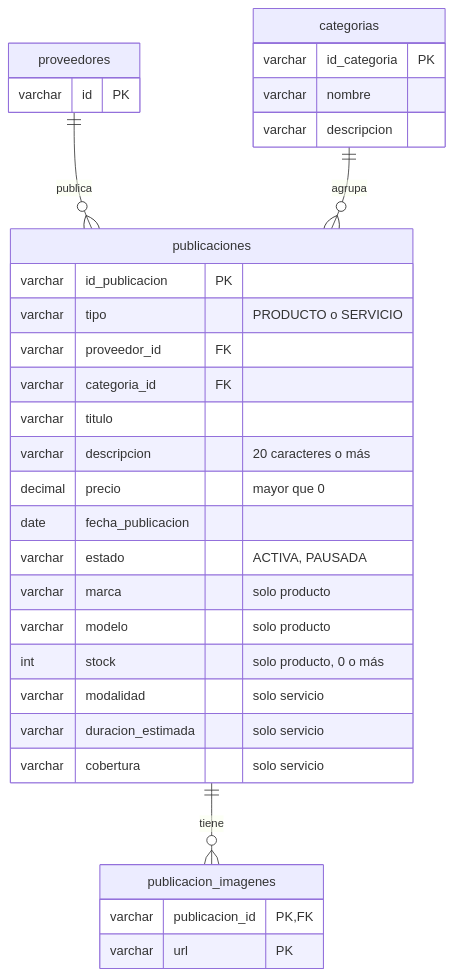
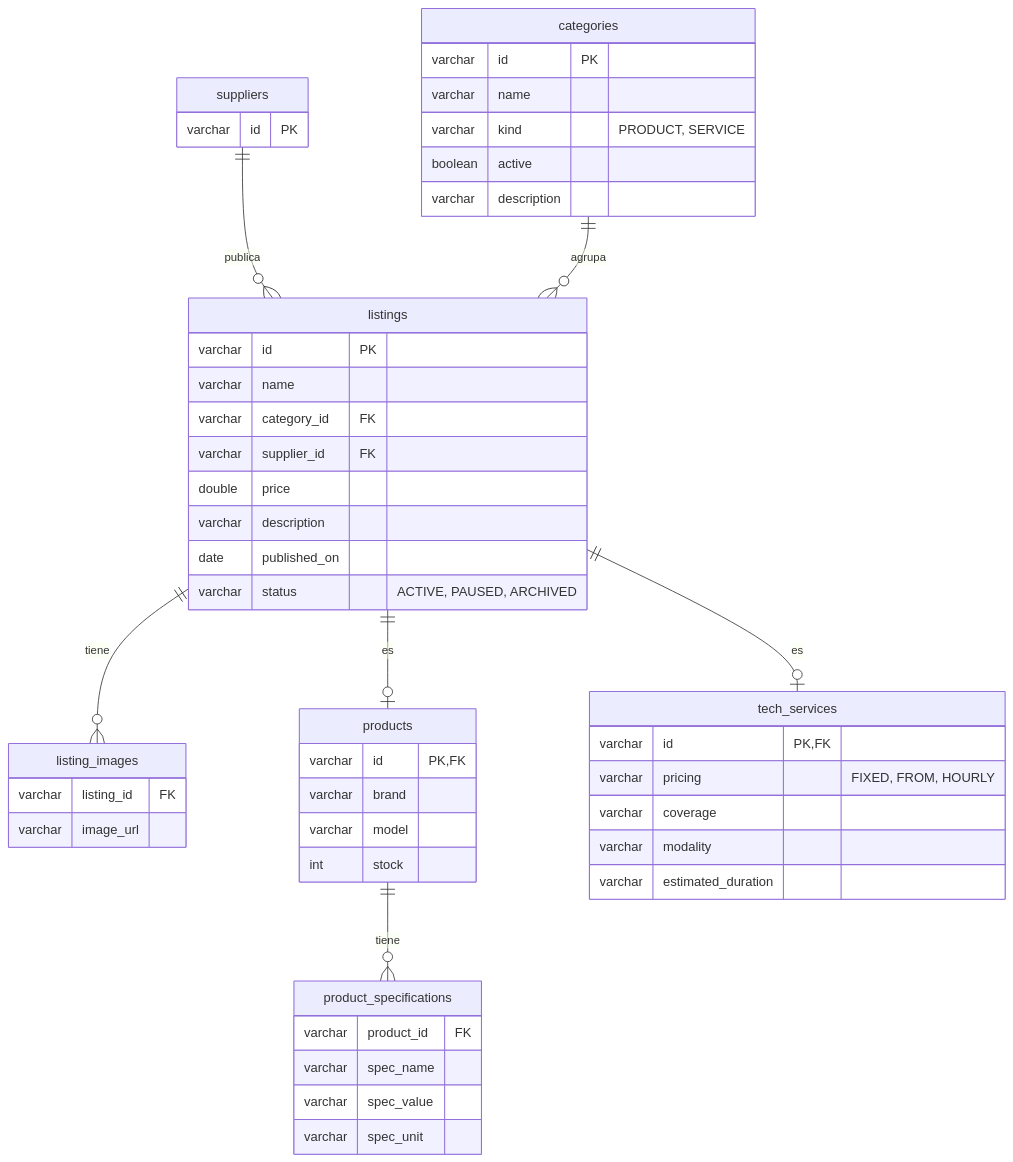
The second of 5 diagrams in docs/modelo-datos.md (esteban-abanto-2709/TecnoLink), drawn with Mermaid before and after one commit. The commit also changed other lines of this file and 6 other files, not shown here.

````diff
--- a/docs/modelo-datos.md
+++ b/docs/modelo-datos.md
@@ -56,36 +59,53 @@
 ```mermaid
 erDiagram
-    proveedores ||--o{ publicaciones : "publica"
-    categorias ||--o{ publicaciones : "agrupa"
-    publicaciones ||--o{ publicacion_imagenes : "tiene"
+    suppliers ||--o{ listings : "publica"
+    categories ||--o{ listings : "agrupa"
+    listings ||--o{ listing_images : "tiene"
+    listings ||--o| products : "es"
+    listings ||--o| tech_services : "es"
+    products ||--o{ product_specifications : "tiene"
 
-    proveedores {
+    suppliers {
         varchar id PK
     }
-    categorias {
-        varchar id_categoria PK
-        varchar nombre
-        varchar descripcion
+    categories {
+        varchar id PK
+        varchar name
+        varchar kind "PRODUCT, SERVICE"
+        boolean active
+        varchar description
     }
-    publicaciones {
-        varchar id_publicacion PK
-        varchar tipo "PRODUCTO o SERVICIO"
-        varchar proveedor_id FK
-        varchar categoria_id FK
-        varchar titulo
-        varchar descripcion "20 caracteres o más"
-        decimal precio "mayor que 0"
-        date fecha_publicacion
-        varchar estado "ACTIVA, PAUSADA"
-        varchar marca "solo producto"
-        varchar modelo "solo producto"
-        int stock "solo producto, 0 o más"
-        varchar modalidad "solo servicio"
-        varchar duracion_estimada "solo servicio"
-        varchar cobertura "solo servicio"
+    listings {
+        varchar id PK
+        varchar name
+        varchar category_id FK
+        varchar supplier_id FK
+        double price
+        varchar description
+        date published_on
+        varchar status "ACTIVE, PAUSED, ARCHIVED"
     }
-    publicacion_imagenes {
-        varchar publicacion_id PK, FK
-        varchar url PK
+    listing_images {
+        varchar listing_id FK
+        varchar image_url
+    }
+    products {
+        varchar id PK, FK
+        varchar brand
+        varchar model
+        int stock
+    }
+    product_specifications {
+        varchar product_id FK
+        varchar spec_name
+        varchar spec_value
+        varchar spec_unit
+    }
+    tech_services {
+        varchar id PK, FK
+        varchar pricing "FIXED, FROM, HOURLY"
+        varchar coverage
+        varchar modality
+        varchar estimated_duration
     }
 ```
````
